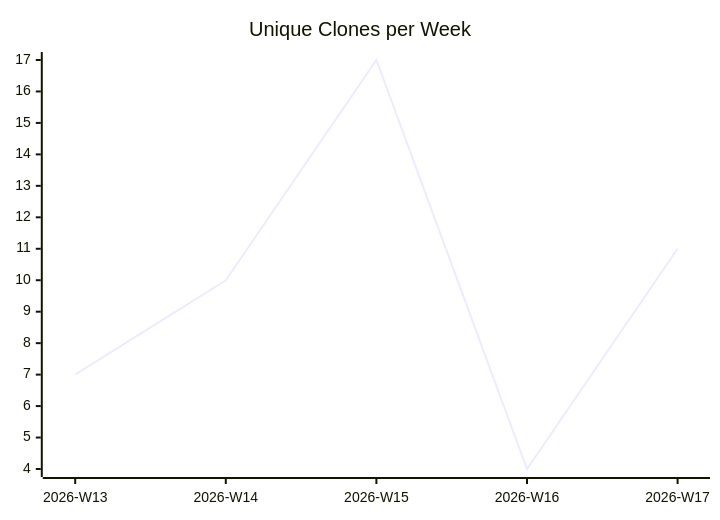
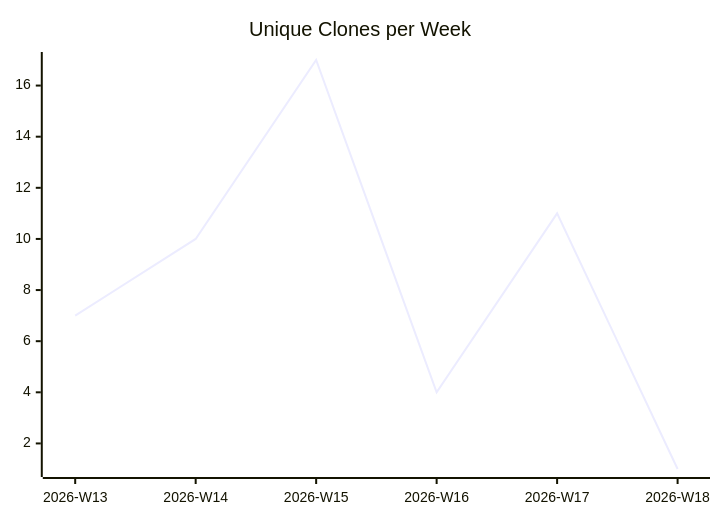
The third of 3 diagrams in karlmdavis/ksoap2-android/README.md (justdavis-family/github-analytics-data), drawn with Mermaid before and after one commit. The commit also changed other lines of this file and 184 other files, not shown here.

````diff
--- a/karlmdavis/ksoap2-android/README.md
+++ b/karlmdavis/ksoap2-android/README.md
@@ -19,6 +19,6 @@
 ```mermaid
 xychart-beta
   title "Unique Clones per Week"
-  x-axis ["2026-W13", "2026-W14", "2026-W15", "2026-W16", "2026-W17"]
-  line [7, 10, 17, 4, 11]
+  x-axis ["2026-W13", "2026-W14", "2026-W15", "2026-W16", "2026-W17", "2026-W18"]
+  line [7, 10, 17, 4, 11, 1]
 ```
````
